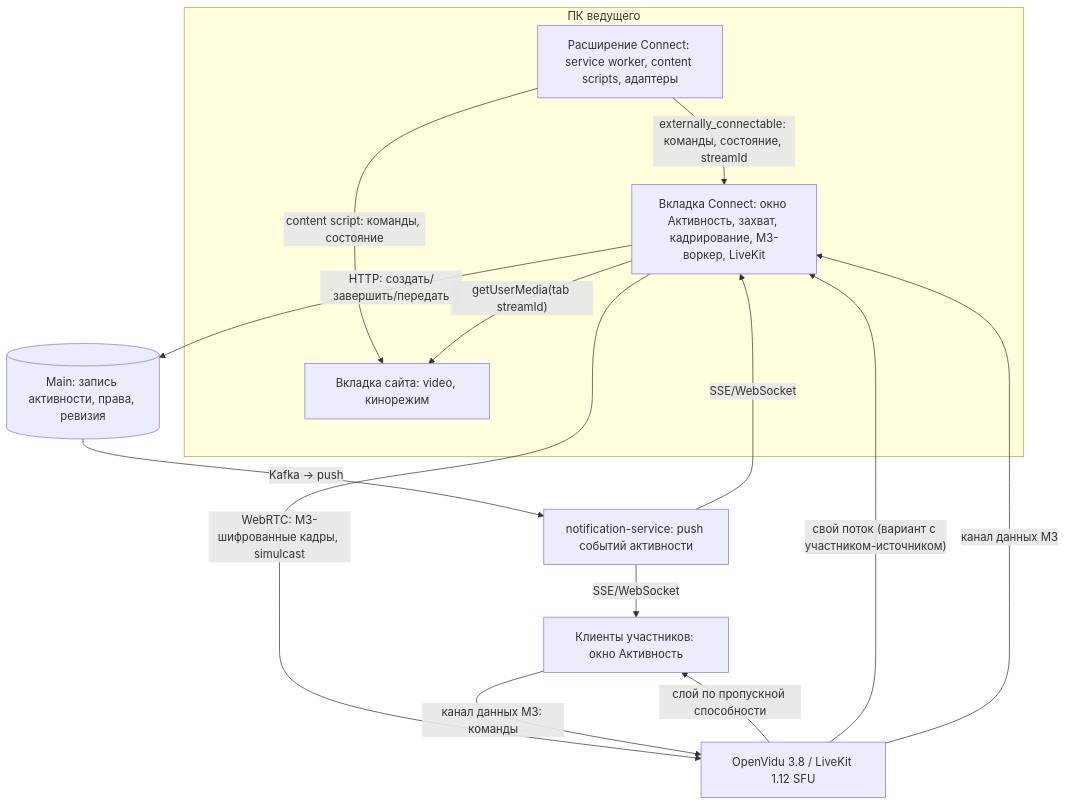
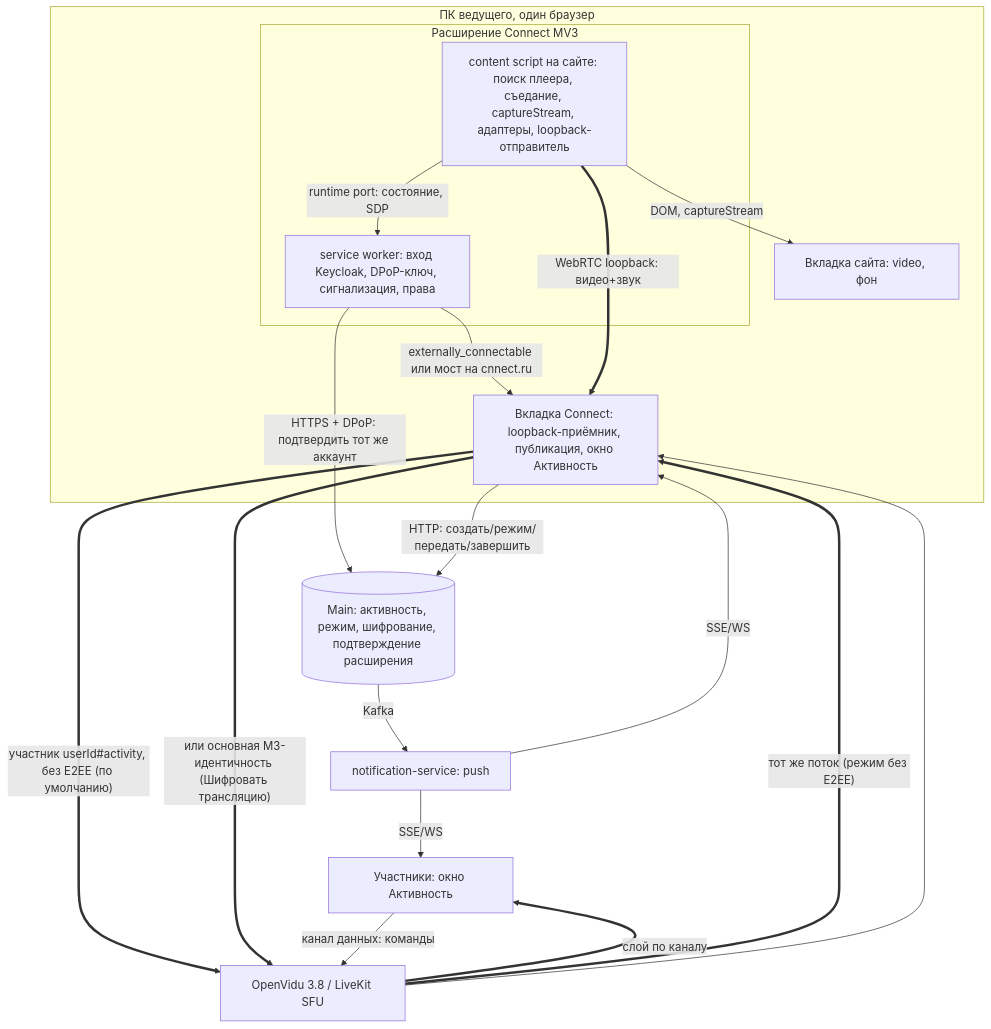
The first of 2 diagrams in activity-share-analysis.md (59Alex/docs), drawn with Mermaid before and after one commit. The commit also changed other lines of this file and 25 other files, not shown here.

First line of the commit message:
Анализ activity-share, ред. 2: расширение «съедает» плеер, поток во вкладку Connect

````diff
--- a/activity-share-analysis.md
+++ b/activity-share-analysis.md
@@ -113,24 +128,29 @@
 ```mermaid
 flowchart TB
-  subgraph hostpc[ПК ведущего]
-    ext[Расширение Connect: service worker, content scripts, адаптеры]
-    tab[Вкладка сайта: video, кинорежим]
-    ui[Вкладка Connect: окно Активность, захват, кадрирование, M3-воркер, LiveKit]
+  subgraph hostpc[ПК ведущего, один браузер]
+    subgraph ext[Расширение Connect MV3]
+      sw[service worker: вход Keycloak, DPoP-ключ, сигнализация, права]
+      cs[content script на сайте: поиск плеера, съедание, captureStream, адаптеры, loopback-отправитель]
+    end
+    site[Вкладка сайта: video, фон]
+    ui[Вкладка Connect: loopback-приёмник, публикация, окно Активность]
   end
-  main[(Main: запись активности, права, ревизия)]
-  notif[notification-service: push событий активности]
-  sfu[OpenVidu 3.8 / LiveKit 1.12 SFU]
-  peers[Клиенты участников: окно Активность]
-  ext -- "content script: команды, состояние" --> tab
-  ext -- "externally_connectable: команды, состояние, streamId" --> ui
-  ui -- "getUserMedia(tab streamId)" --> tab
-  ui -- "HTTP: создать/завершить/передать" --> main
-  main -- "Kafka → push" --> notif
-  notif -- "SSE/WebSocket" --> ui
-  notif -- "SSE/WebSocket" --> peers
-  ui -- "WebRTC: M3-шифрованные кадры, simulcast" --> sfu
-  sfu -- "слой по пропускной способности" --> peers
-  sfu -- "свой поток (вариант с участником-источником)" --> ui
-  peers -- "канал данных M3: команды" --> sfu
-  sfu -- "канал данных M3" --> ui
+  main[(Main: активность, режим, шифрование, подтверждение расширения)]
+  notif[notification-service: push]
+  sfu[OpenVidu 3.8 / LiveKit SFU]
+  peers[Участники: окно Активность]
+  cs -- DOM, captureStream --> site
+  cs -- "runtime port: состояние, SDP" --> sw
+  sw -- "externally_connectable или мост на cnnect.ru" --> ui
+  cs == "WebRTC loopback: видео+звук" ==> ui
+  sw -- "HTTPS + DPoP: подтвердить тот же аккаунт" --> main
+  ui -- "HTTP: создать/режим/передать/завершить" --> main
+  main -- Kafka --> notif
+  notif -- SSE/WS --> ui
+  notif -- SSE/WS --> peers
+  ui == "участник userId#activity, без E2EE (по умолчанию)" ==> sfu
+  ui == "или основная M3-идентичность (Шифровать трансляцию)" ==> sfu
+  sfu == "слой по каналу" ==> peers
+  sfu == "тот же поток (режим без E2EE)" ==> ui
+  peers -- "канал данных: команды" --> sfu --> ui
 ```
````
